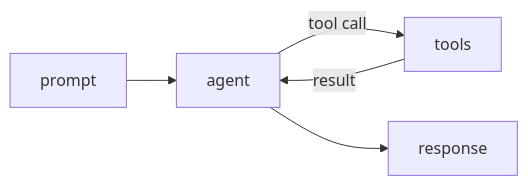
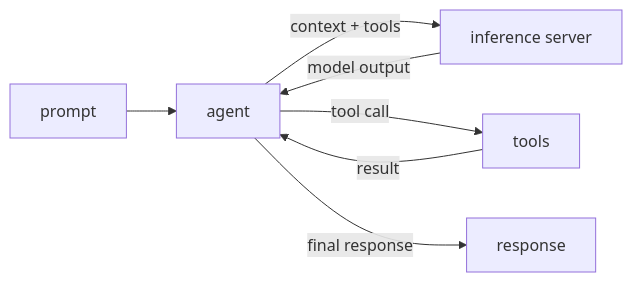
Before and after one commit to pauleveritt/satyrn-evals: the second of 9 diagrams in site/how-it-works.md, drawn with Mermaid. The commit also changed other lines of this file and 14 other files, not shown here.

````diff
--- a/site/how-it-works.md
+++ b/site/how-it-works.md
@@ -25,7 +27,9 @@
 ```mermaid
 flowchart LR
   P[prompt] --> A[agent]
+  A -->|context + tools| S[inference server]
+  S -->|model output| A
   A -->|tool call| T[tools]
   T -->|result| A
-  A --> R[response]
+  A -->|final response| R[response]
 ```
````
